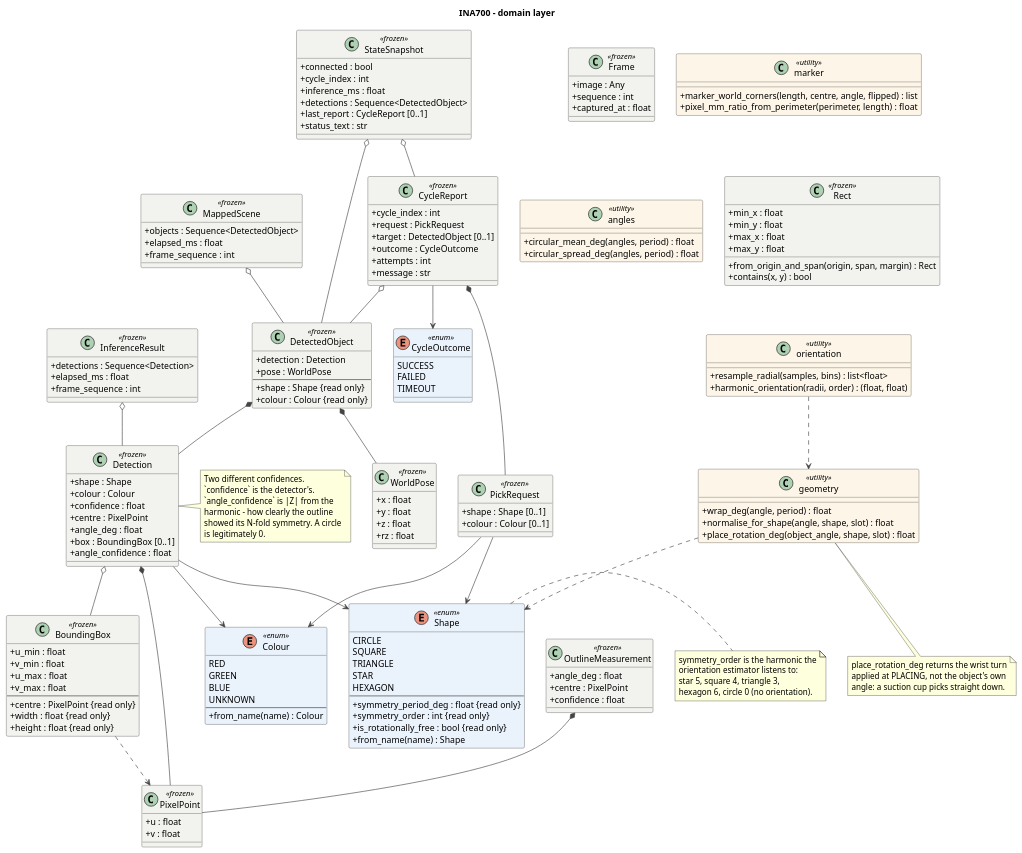
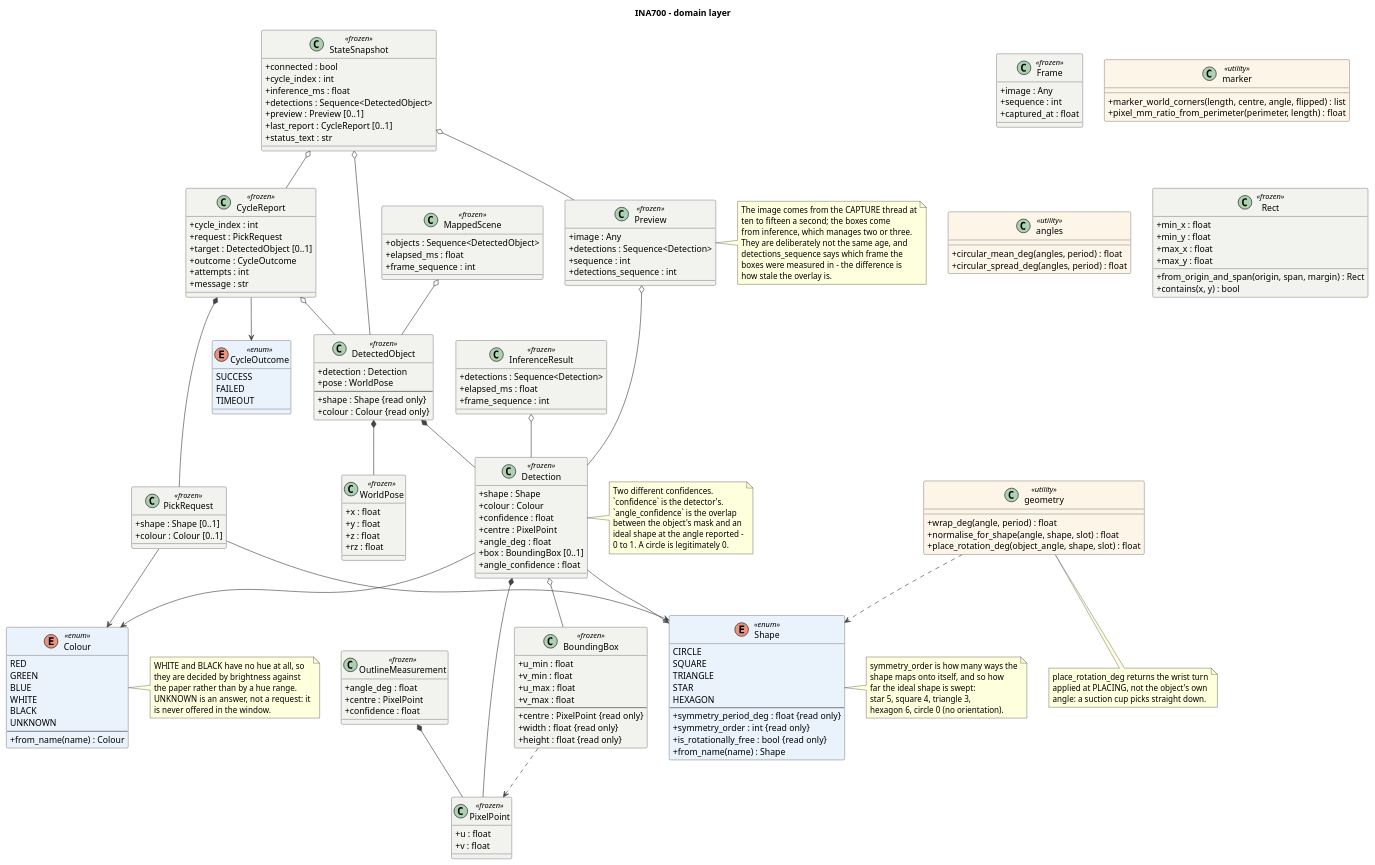
Before and after one commit to suka1901/project_industrial_automation: the diagram in docs/uml/02-domain.puml, drawn with PlantUML. The commit also changed 45 other files, not shown here.

```diff
--- a/docs/uml/02-domain.puml
+++ b/docs/uml/02-domain.puml
@@ -37,10 +37,19 @@
   RED
   GREEN
   BLUE
+  WHITE
+  BLACK
   UNKNOWN
   --
   +from_name(name) : Colour
 }
+note right of Colour
+  WHITE and BLACK have no hue at all, so
+  they are decided by brightness against
+  the paper rather than by a hue range.
+  UNKNOWN is an answer, not a request: it
+  is never offered in the window.
+end note
 
 enum CycleOutcome <<enum>> {
   SUCCESS
@@ -82,10 +91,10 @@
 note right of Detection
   Two different confidences.
   `confidence` is the detector's.
-  `angle_confidence` is |Z| from the
-  harmonic - how clearly the outline
-  showed its N-fold symmetry. A circle
-  is legitimately 0.
+  `angle_confidence` is the overlap
+  between the object's mask and an
+  ideal shape at the angle reported -
+  0 to 1. A circle is legitimately 0.
 end note
 
 class OutlineMeasurement <<frozen>> {
@@ -135,11 +144,28 @@
   +message : str
 }
 
+class Preview <<frozen>> {
+  +image : Any
+  +detections : Sequence<Detection>
+  +sequence : int
+  +detections_sequence : int
+}
+note right of Preview
+  The image comes from the CAPTURE thread at
+  ten to fifteen a second; the boxes come
+  from inference, which manages two or three.
+  They are deliberately not the same age, and
+  detections_sequence says which frame the
+  boxes were measured in - the difference is
+  how stale the overlay is.
+end note
+
 class StateSnapshot <<frozen>> {
   +connected : bool
   +cycle_index : int
   +inference_ms : float
   +detections : Sequence<DetectedObject>
+  +preview : Preview [0..1]
   +last_report : CycleReport [0..1]
   +status_text : str
 }
@@ -148,11 +174,6 @@
   +wrap_deg(angle, period) : float
   +normalise_for_shape(angle, shape, slot) : float
   +place_rotation_deg(object_angle, shape, slot) : float
-}
-
-class orientation <<utility>> {
-  +resample_radial(samples, bins) : list<float>
-  +harmonic_orientation(radii, order) : (float, float)
 }
 
 class marker <<utility>> {
@@ -191,13 +212,15 @@
 CycleReport --> CycleOutcome
 StateSnapshot o-- DetectedObject
 StateSnapshot o-- CycleReport
+StateSnapshot o-- Preview
+Preview o-- Detection
 
 geometry ..> Shape
-orientation ..> geometry
 
 note right of Shape
-  symmetry_order is the harmonic the
-  orientation estimator listens to:
+  symmetry_order is how many ways the
+  shape maps onto itself, and so how
+  far the ideal shape is swept:
   star 5, square 4, triangle 3,
   hexagon 6, circle 0 (no orientation).
 end note
```
